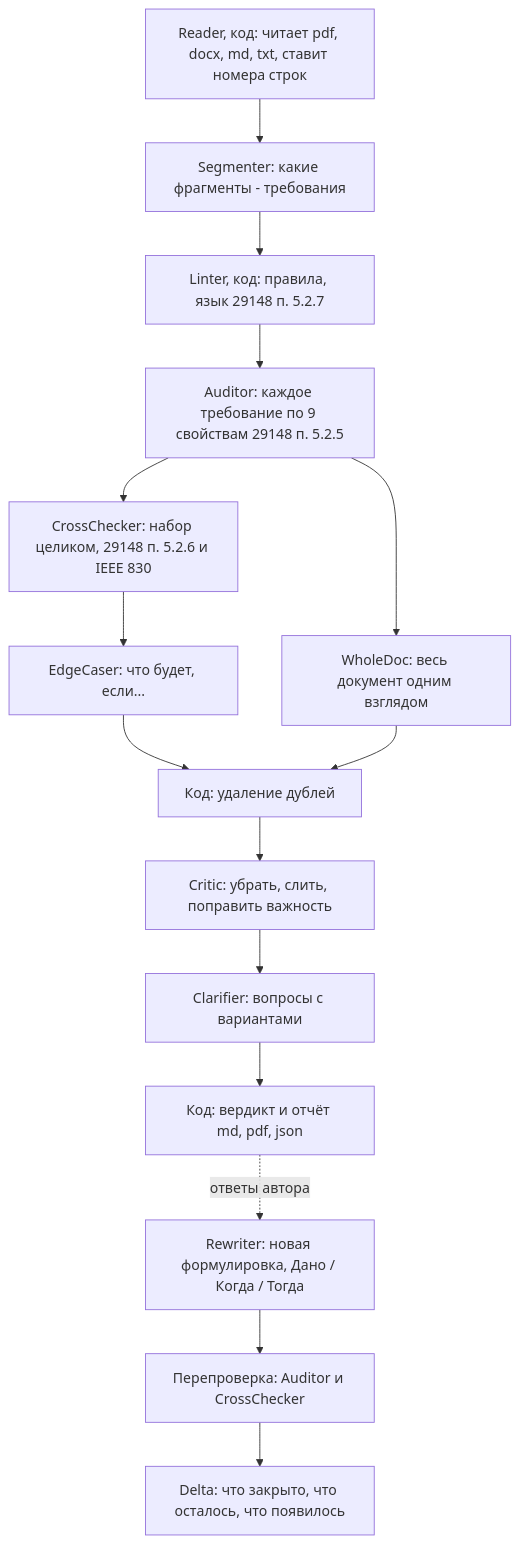
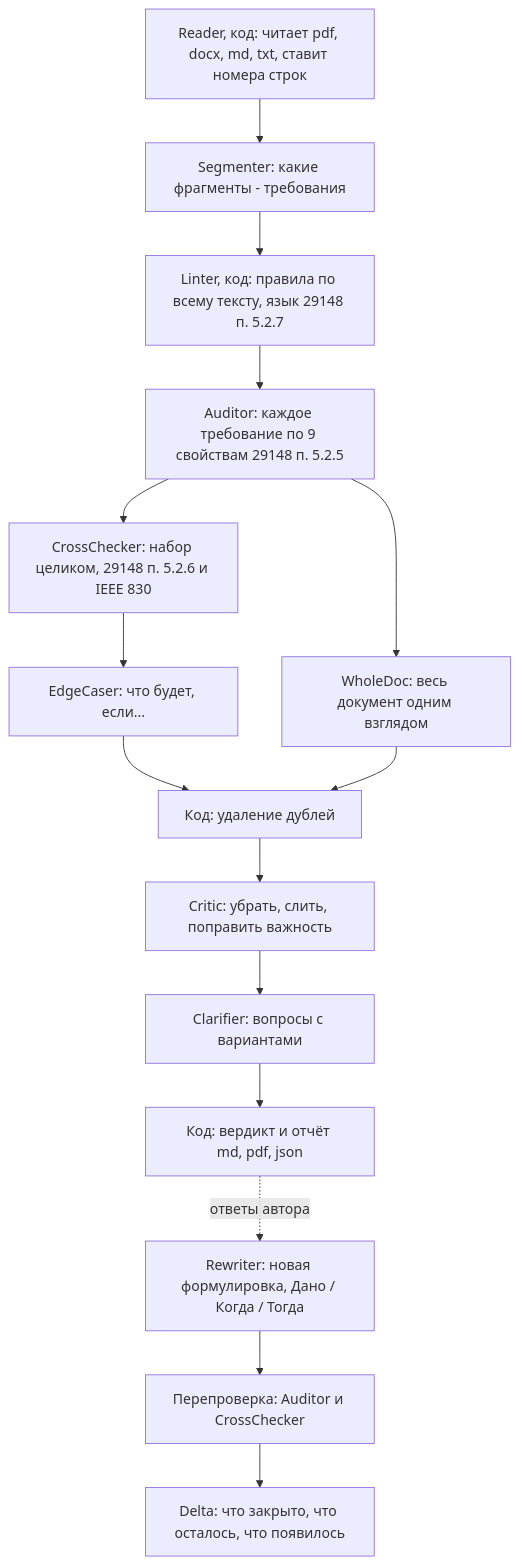
Before and after one commit to l9kk/reqcheck: the diagram in README.md, drawn with Mermaid. The commit also changed other lines of this file, not shown here.

````diff
--- a/README.md
+++ b/README.md
@@ -108,17 +108,17 @@
 ```mermaid
 flowchart TD
     R["Reader, код: читает pdf, docx, md, txt, ставит номера строк"]
     R --> S["Segmenter: какие фрагменты - требования"]
-    S --> L["Linter, код: правила, язык 29148 п. 5.2.7"]
+    S --> L["Linter, код: правила по всему тексту, язык 29148 п. 5.2.7"]
     L --> A["Auditor: каждое требование по 9 свойствам 29148 п. 5.2.5"]
     A --> X["CrossChecker: набор целиком, 29148 п. 5.2.6 и IEEE 830"]
     X --> E["EdgeCaser: что будет, если..."]
     A --> W["WholeDoc: весь документ одним взглядом"]
     E & W --> U["Код: удаление дублей"]
     U --> C["Critic: убрать, слить, поправить важность"]
     C --> Q["Clarifier: вопросы с вариантами"]
     Q --> P["Код: вердикт и отчёт md, pdf, json"]
     P -.->|ответы автора| RW["Rewriter: новая формулировка, Дано / Когда / Тогда"]
     RW --> RC["Перепроверка: Auditor и CrossChecker"]
     RC --> DL["Delta: что закрыто, что осталось, что появилось"]
 ```
````
